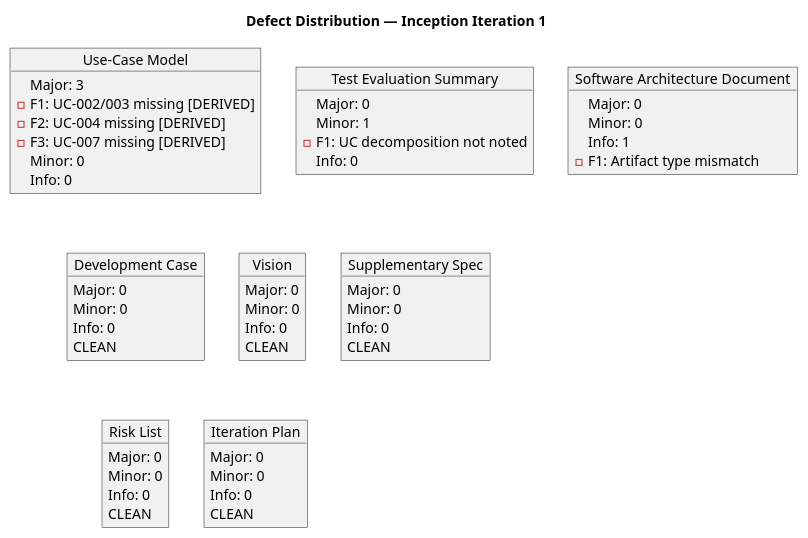
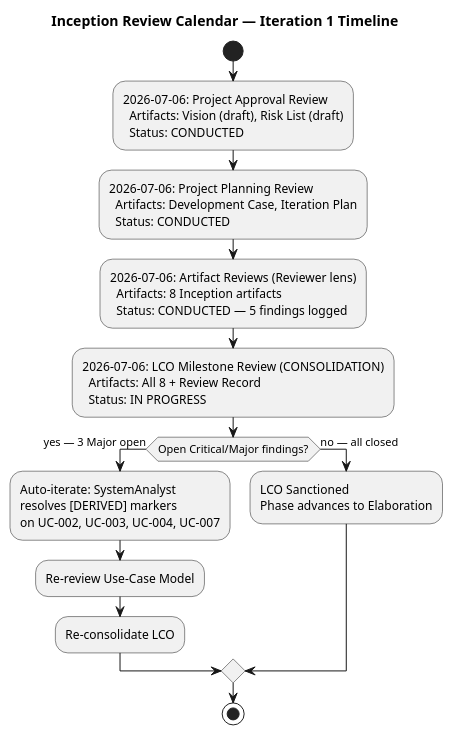
Before and after one commit to banense-test/demo-janke-lab: the fourth of 4 diagrams in docs/artifacts/project-management/review-record.md, drawn with PlantUML. The commit also changed other lines of this file, not shown here.

First line of the commit message:
Review Coordinator [I1]: upsert Review Record

````diff
--- a/docs/artifacts/project-management/review-record.md
+++ b/docs/artifacts/project-management/review-record.md
@@ -145,66 +256,30 @@
 ```plantuml
 @startuml
-title Defect Distribution — Inception Iteration 1
-
-skinparam style strict
-
-object "Use-Case Model" as UCM {
-  Major: 3
-  - F1: UC-002/003 missing [DERIVED]
-  - F2: UC-004 missing [DERIVED]
-  - F3: UC-007 missing [DERIVED]
-  Minor: 0
-  Info: 0
-}
-
-object "Test Evaluation Summary" as TES {
-  Major: 0
-  Minor: 1
-  - F1: UC decomposition not noted
-  Info: 0
-}
-
-object "Software Architecture Document" as SAD {
-  Major: 0
-  Minor: 0
-  Info: 1
-  - F1: Artifact type mismatch
-}
-
-object "Development Case" as DC {
-  Major: 0
-  Minor: 0
-  Info: 0
-  CLEAN
-}
-
-object "Vision" as VIS {
-  Major: 0
-  Minor: 0
-  Info: 0
-  CLEAN
-}
-
-object "Supplementary Spec" as SS {
-  Major: 0
-  Minor: 0
-  Info: 0
-  CLEAN
-}
-
-object "Risk List" as RL {
-  Major: 0
-  Minor: 0
-  Info: 0
-  CLEAN
-}
-
-object "Iteration Plan" as IP {
-  Major: 0
-  Minor: 0
-  Info: 0
-  CLEAN
-}
-
+title Inception Review Calendar — Iteration 1 Timeline
+|Inception Iteration 1|
+start
+:2026-07-06: Project Approval Review
+  Artifacts: Vision (draft), Risk List (draft)
+  Status: CONDUCTED;
+:2026-07-06: Project Planning Review
+  Artifacts: Development Case, Iteration Plan
+  Status: CONDUCTED;
+:2026-07-06: Artifact Reviews (Reviewer lens)
+  Artifacts: 8 Inception artifacts
+  Status: CONDUCTED — 5 findings logged;
+:2026-07-06: LCO Milestone Review (CONSOLIDATION)
+  Artifacts: All 8 + Review Record
+  Status: IN PROGRESS;
+if (Open Critical/Major findings?) then (yes — 3 Major open)
+  :Auto-iterate: SystemAnalyst
+  resolves [DERIVED] markers
+  on UC-002, UC-003, UC-004, UC-007;
+  :Re-review Use-Case Model;
+  :Re-consolidate LCO;
+else (no — all closed)
+  :LCO Sanctioned
+  Phase advances to Elaboration;
+endif
+stop
 @enduml
 ```
````
